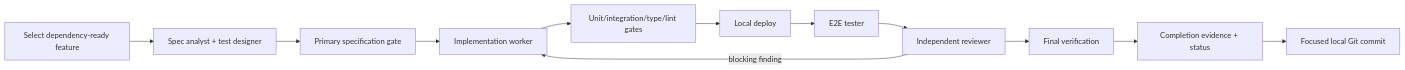
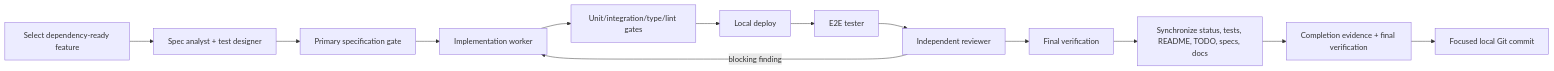
Before and after one commit to arpanm/logistics-management: the diagram in docs/SDLC.md, drawn with Mermaid. The commit also changed other lines of this file and 39 other files, not shown here.

````diff
--- a/docs/SDLC.md
+++ b/docs/SDLC.md
@@ -11,14 +11,15 @@
 ```mermaid
 flowchart LR
     S["Select dependency-ready feature"] --> P["Spec analyst + test designer"]
     P --> G["Primary specification gate"]
     G --> I["Implementation worker"]
     I --> C["Unit/integration/type/lint gates"]
     C --> L["Local deploy"]
     L --> E["E2E tester"]
     E --> R["Independent reviewer"]
     R -->|"blocking finding"| I
     R --> V["Final verification"]
-    V --> D["Completion evidence + status"]
+    V --> S2["Synchronize status, tests, README, TODO, specs, docs"]
+    S2 --> D["Completion evidence + final verification"]
     D --> M["Focused local Git commit"]
 ```
````
